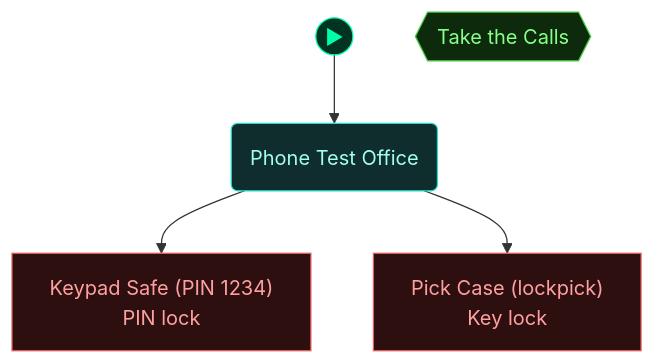
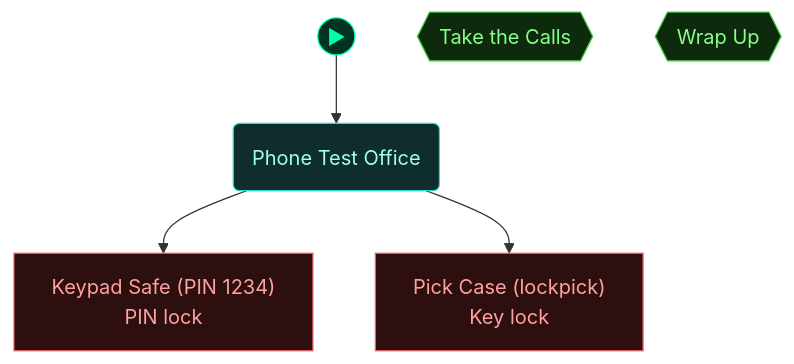
Before and after one commit to cliffe/BreakEscape: the third of 5 diagrams in scenarios/test_phone_calls/dungeon_graph.md, drawn with Mermaid. The commit also changed other lines of this file and 85 other files, not shown here.

````diff
--- a/scenarios/test_phone_calls/dungeon_graph.md
+++ b/scenarios/test_phone_calls/dungeon_graph.md
@@ -116,34 +117,35 @@
 ```mermaid
 flowchart TD
 
   classDef room      fill:#0f2d2d,stroke:#22ddcc,color:#a0ffee
   classDef lock      fill:#2d0f0f,stroke:#e66060,color:#ffa0a0
   classDef key       fill:#2d0812,stroke:#e66060,color:#ffa0a0
   classDef item      fill:#2d1200,stroke:#e89030,color:#ffcc80
   classDef gate      fill:#111,stroke:#666,color:#eee
   classDef vm        fill:#0c1f40,stroke:#4a90d9,color:#a0c8ff
   classDef flag      fill:#1a0c2d,stroke:#9060d0,color:#cc99ff
   classDef action    fill:#1a1200,stroke:#cc9922,color:#ffee88
   classDef aim       fill:#0d2a0d,stroke:#44cc44,color:#88ff88
   classDef aim_gate  fill:#111111,stroke:#44cc44,color:#44cc44
   classDef container fill:#1a2d1a,stroke:#60b060,color:#a0e0a0
   classDef npc       fill:#2d1f0d,stroke:#d0a050,color:#ffe0a0
   classDef critical  fill:#2a1500,stroke:#ffaa00,color:#ffdd88
   classDef start     fill:#003322,stroke:#00ffaa,color:#00ffaa
 
   node_start(("▶"))
   node_start --> office
 
   lock_keypad_safe["Keypad Safe (PIN 1234)<br/>PIN lock"]
   lock_pick_case["Pick Case (lockpick)<br/>Key lock"]
   office("Phone Test Office")
   aim_take_calls{{"Take the Calls"}}
+  aim_wrap_up{{"Wrap Up"}}
 
   office --> lock_keypad_safe
   office --> lock_pick_case
 
   class lock_keypad_safe,lock_pick_case lock
   class office room
-  class aim_take_calls aim
+  class aim_take_calls,aim_wrap_up aim
   class node_start start
 ```
````
